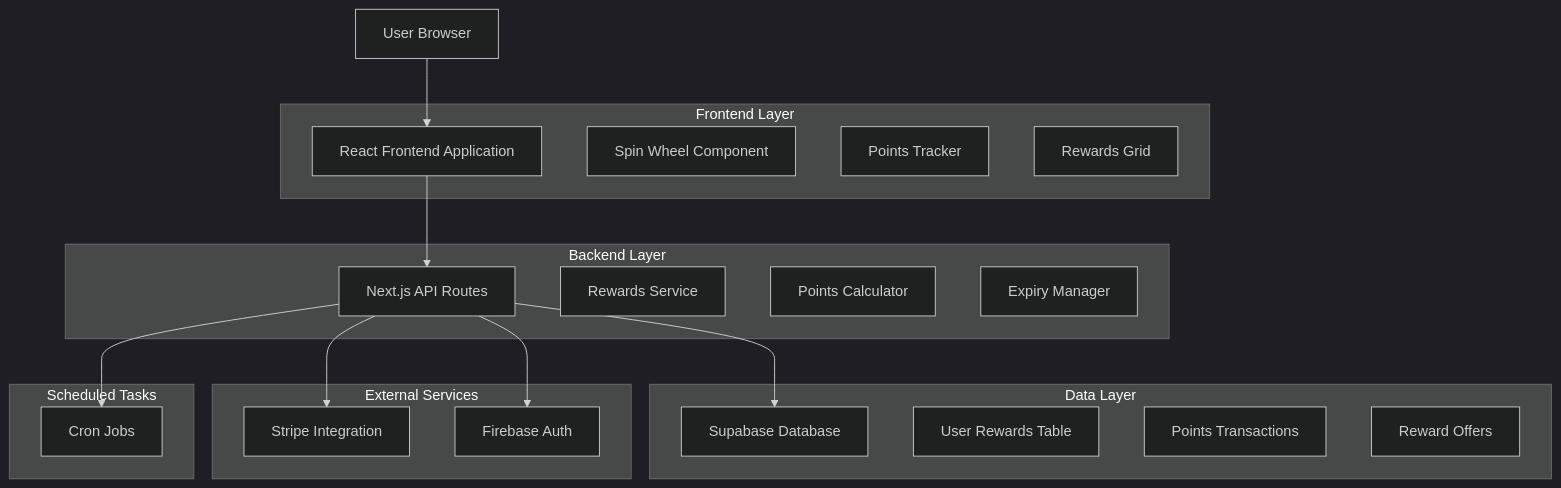
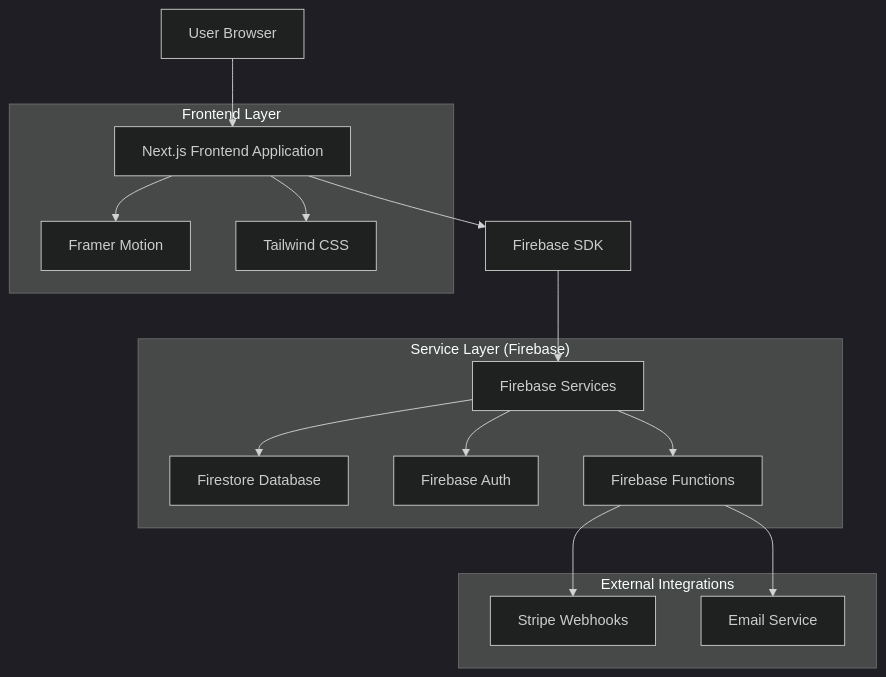
Before and after one commit to Mayne0963/broskis_kitchen: the first of 3 diagrams in .trae/documents/broskis-rewards-technical-architecture.md, drawn with Mermaid (dark theme). The commit also changed other lines of this file and 11 other files, not shown here.

````diff
--- a/.trae/documents/broskis-rewards-technical-architecture.md
+++ b/.trae/documents/broskis-rewards-technical-architecture.md
@@ -5,39 +5,28 @@
 ```mermaid
 graph TD
-    A[User Browser] --> B[React Frontend Application]
-    B --> C[Next.js API Routes]
-    C --> D[Supabase Database]
-    C --> E[Stripe Integration]
-    C --> F[Firebase Auth]
-    C --> G[Cron Jobs]
+    A[User Browser] --> B[Next.js Frontend Application]
+    B --> C[Firebase SDK]
+    C --> D[Firebase Services]
+    B --> E[Framer Motion]
+    B --> F[Tailwind CSS]
     
     subgraph "Frontend Layer"
         B
-        H[Spin Wheel Component]
-        I[Points Tracker]
-        J[Rewards Grid]
-    end
-    
-    subgraph "Backend Layer"
-        C
-        K[Rewards Service]
-        L[Points Calculator]
-        M[Expiry Manager]
-    end
-    
-    subgraph "Data Layer"
-        D
-        N[User Rewards Table]
-        O[Points Transactions]
-        P[Reward Offers]
-    end
-    
-    subgraph "External Services"
         E
         F
     end
     
-    subgraph "Scheduled Tasks"
-        G
+    subgraph "Service Layer (Firebase)"
+        D --> G[Firestore Database]
+        D --> H[Firebase Auth]
+        D --> I[Firebase Functions]
     end
+    
+    subgraph "External Integrations"
+        J[Stripe Webhooks]
+        K[Email Service]
+    end
+    
+    I --> J
+    I --> K
 ```
````
